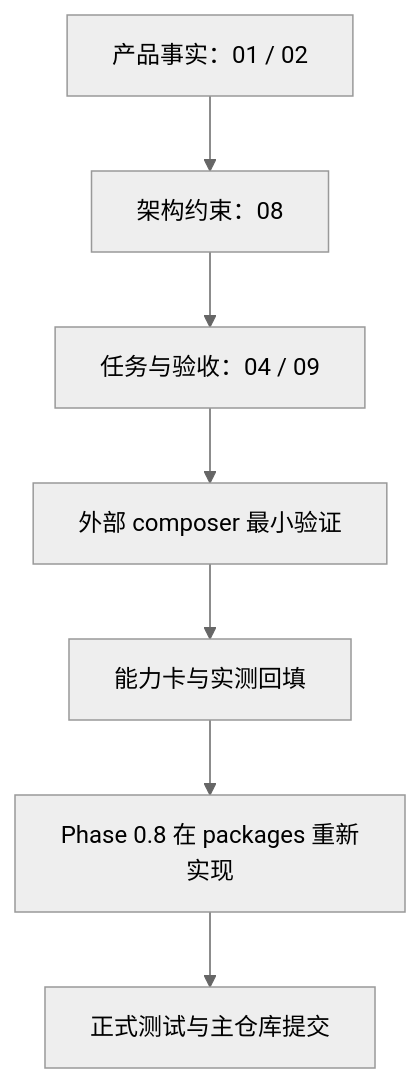
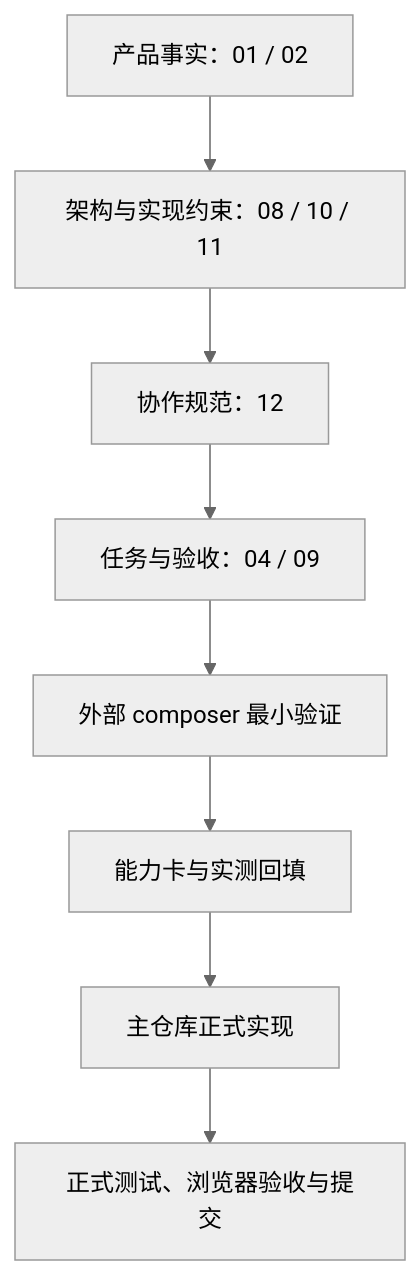
Before and after one commit to everything-is-simple/ai-studybuddy: the diagram in docs/07-文档策略-Design-Docs-Strategy.md, drawn with Mermaid (neutral theme). The commit also changed other lines of this file and 7 other files, not shown here.

Commit message:
docs(phase1): 更新协作基线与任务路线图

````diff
--- a/docs/07-文档策略-Design-Docs-Strategy.md
+++ b/docs/07-文档策略-Design-Docs-Strategy.md
@@ -25,9 +26,10 @@
 ```mermaid
 flowchart TD
-  A["产品事实：01 / 02"] --> B["架构约束：08"]
-  B --> C["任务与验收：04 / 09"]
-  C --> D["外部 composer 最小验证"]
-  D --> E["能力卡与实测回填"]
-  E --> F["Phase 0.8 在 packages 重新实现"]
-  F --> G["正式测试与主仓库提交"]
+  A["产品事实：01 / 02"] --> B["架构与实现约束：08 / 10 / 11"]
+  B --> C["协作规范：12"]
+  C --> D["任务与验收：04 / 09"]
+  D --> E["外部 composer 最小验证"]
+  E --> F["能力卡与实测回填"]
+  F --> G["主仓库正式实现"]
+  G --> H["正式测试、浏览器验收与提交"]
 ```
````
